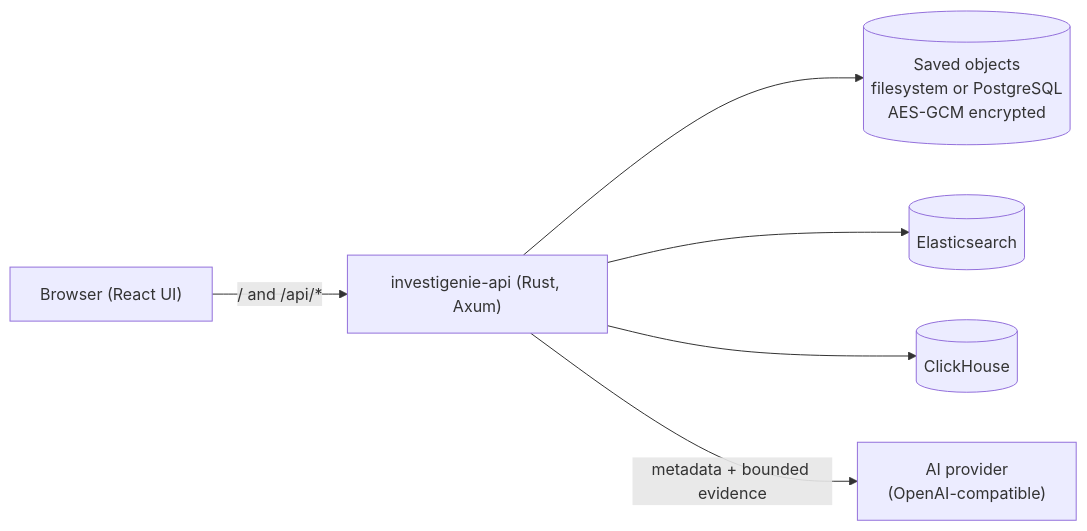
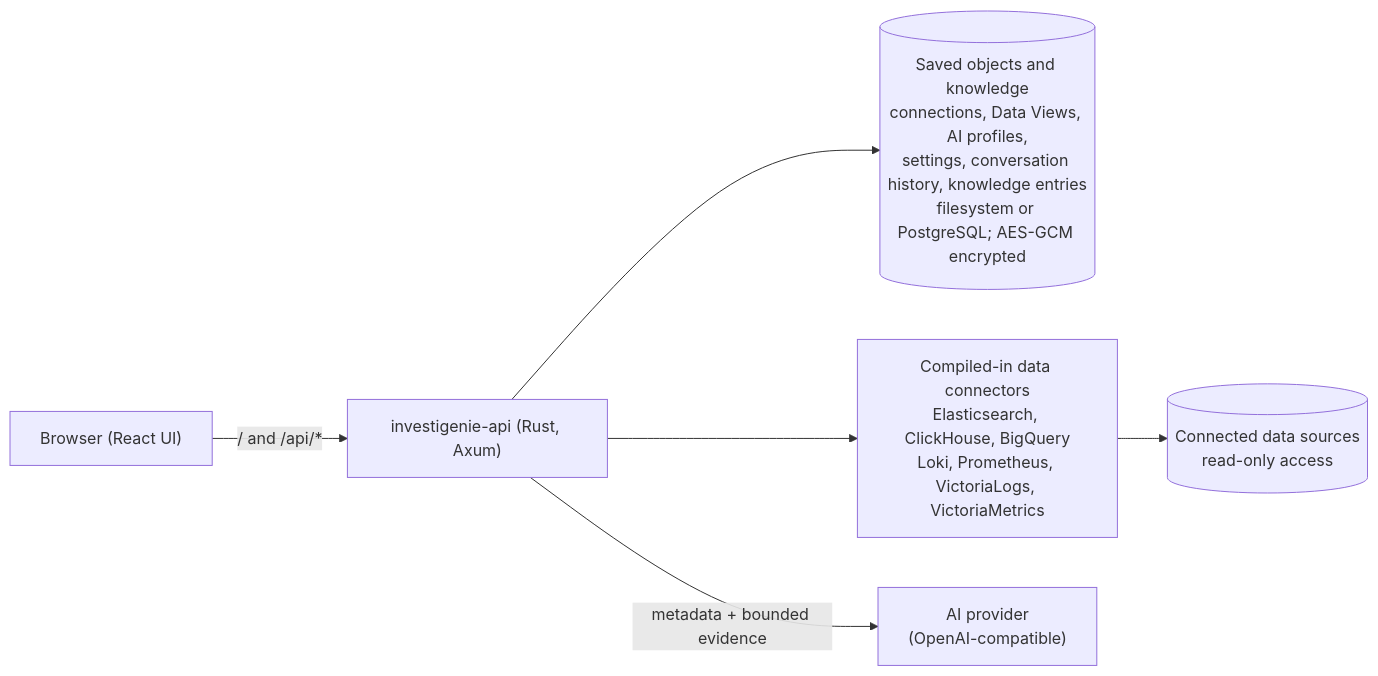
Before and after one commit to InvestiGenie/investigenie: the diagram in docs/architecture.md, drawn with Mermaid. The commit also changed other lines of this file and 8 other files, not shown here.

Commit message:
Update knowledge documentation and diagrams

````diff
--- a/docs/architecture.md
+++ b/docs/architecture.md
@@ -5,8 +5,8 @@
 ```mermaid
 flowchart LR
   Browser["Browser (React UI)"] -->|"/ and /api/*"| API["investigenie-api (Rust, Axum)"]
-  API --> Store[("Saved objects<br/>filesystem or PostgreSQL<br/>AES-GCM encrypted")]
-  API --> ES[(Elasticsearch)]
-  API --> CH[(ClickHouse)]
+  API --> Store[("Saved objects and knowledge<br/>connections, Data Views, AI profiles,<br/>settings, conversation history, knowledge entries<br/>filesystem or PostgreSQL; AES-GCM encrypted")]
+  API --> Connectors["Compiled-in data connectors<br/>Elasticsearch, ClickHouse, BigQuery<br/>Loki, Prometheus, VictoriaLogs, VictoriaMetrics"]
+  Connectors --> Sources[("Connected data sources<br/>read-only access")]
   API -->|"metadata + bounded evidence"| LLM["AI provider<br/>(OpenAI-compatible)"]
 ```
````
